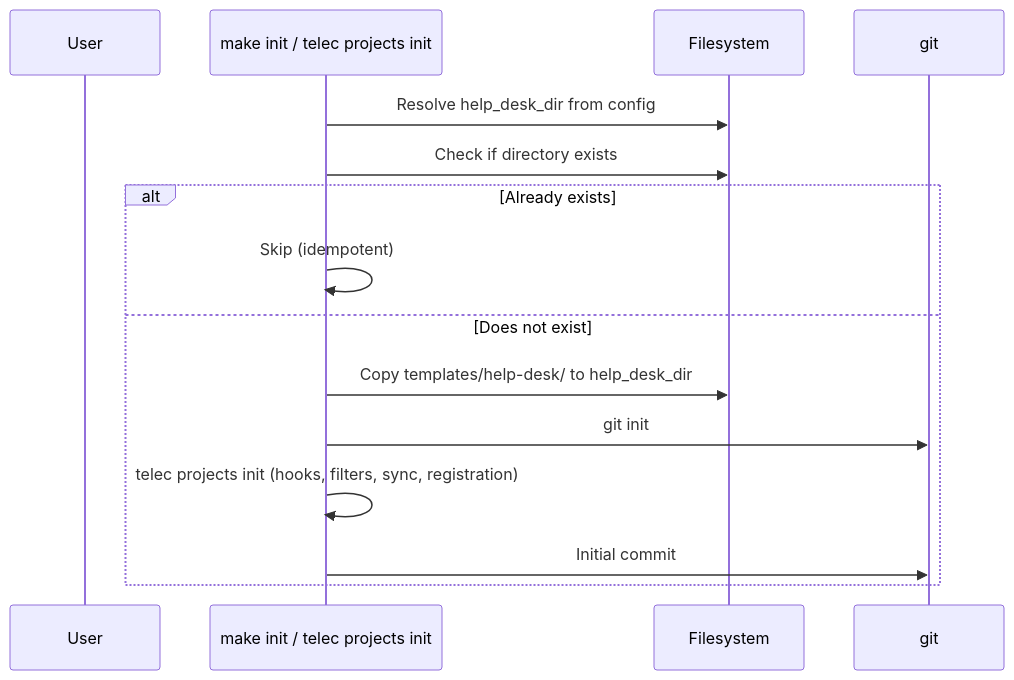
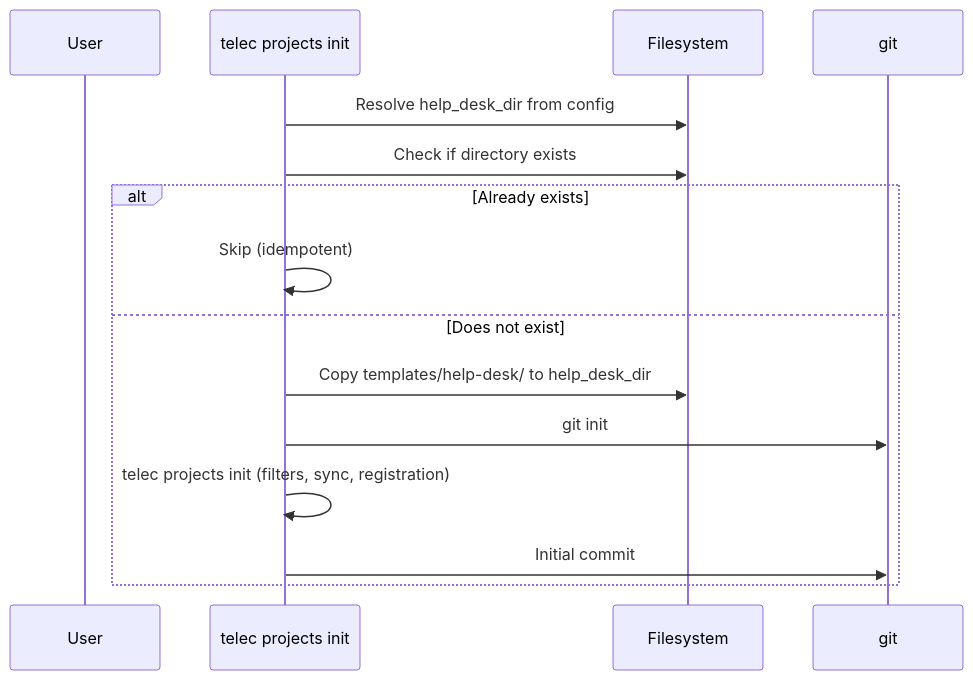
Diagram 11 of 11 in docs/project/design/architecture/help-desk-platform.md (InstruktAI/TeleClaude), drawn with Mermaid before and after one commit. The commit also changed other lines of this file and 30 other files, not shown here.

````diff
--- a/docs/project/design/architecture/help-desk-platform.md
+++ b/docs/project/design/architecture/help-desk-platform.md
@@ -893,18 +893,18 @@
 ```mermaid
 sequenceDiagram
     participant User
-    participant Init as make init / telec projects init
+    participant Init as telec projects init
     participant FS as Filesystem
     participant Git as git
 
     Init->>FS: Resolve help_desk_dir from config
     Init->>FS: Check if directory exists
     alt Already exists
         Init->>Init: Skip (idempotent)
     else Does not exist
         Init->>FS: Copy templates/help-desk/ to help_desk_dir
         Init->>Git: git init
-        Init->>Init: telec projects init (hooks, filters, sync, registration)
+        Init->>Init: telec projects init (filters, sync, registration)
         Init->>Git: Initial commit
     end
 ```
````
